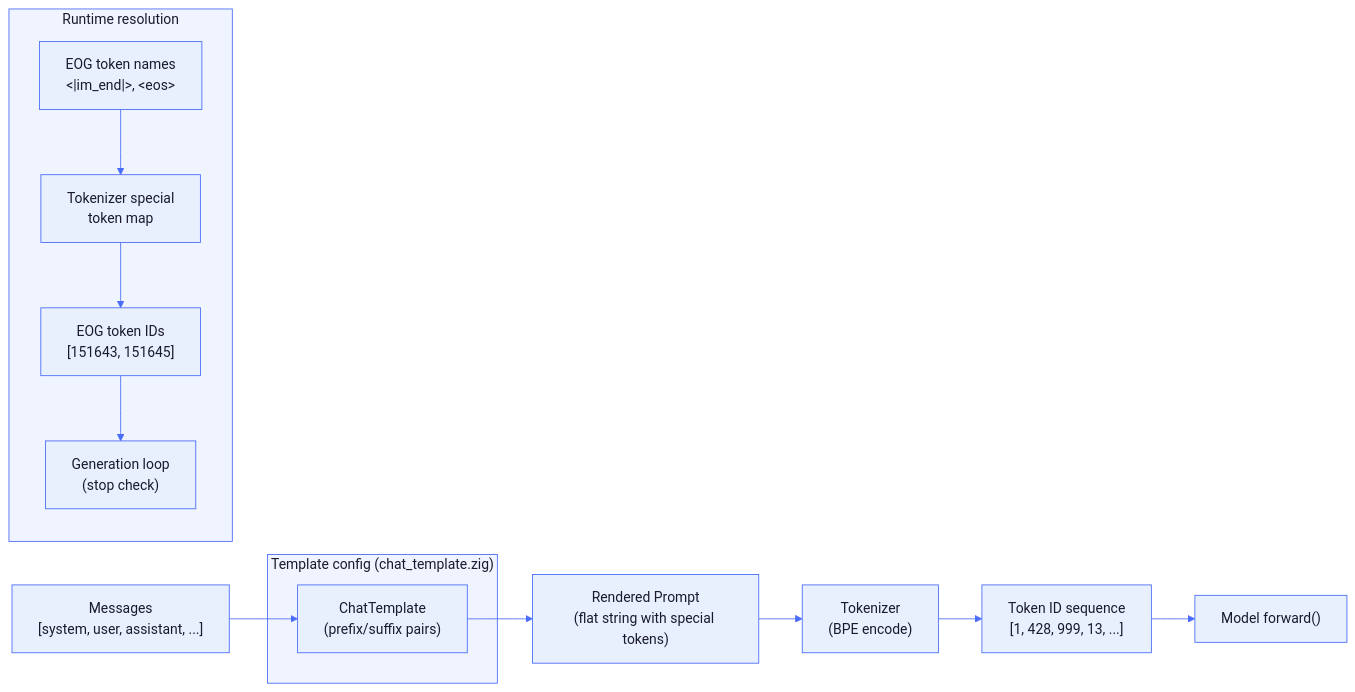
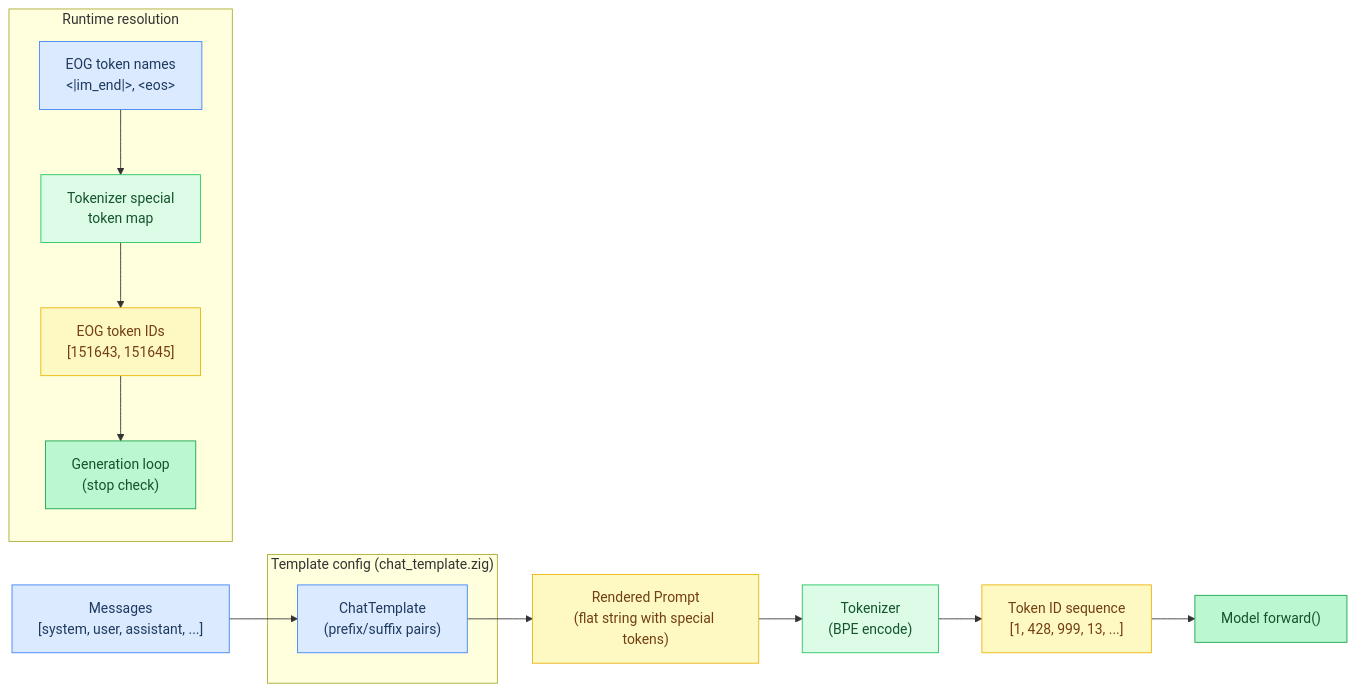
Before and after one commit to maci0/agave: the first of 7 diagrams in docs/tutorial/15-chat-templates.md, drawn with Mermaid. The commit also changed other lines of this file and 24 other files, not shown here.

First line of the commit message:
docs: convert all mermaid diagrams to classDef semantic colors

````diff
--- a/docs/tutorial/15-chat-templates.md
+++ b/docs/tutorial/15-chat-templates.md
@@ -7,33 +7,36 @@
 ```mermaid
-%%{init: {'theme': 'base', 'themeVariables': {
-  'primaryColor': '#e8f0fe',
-  'primaryTextColor': '#1a1a2e',
-  'primaryBorderColor': '#4a6cf7',
-  'lineColor': '#4a6cf7',
-  'secondaryColor': '#f0f4ff',
-  'tertiaryColor': '#f8f9ff',
-  'edgeLabelBackground': '#ffffff',
-  'clusterBkg': '#f0f4ff',
-  'clusterBorder': '#4a6cf7',
-  'titleColor': '#1a1a2e',
-  'nodeTextColor': '#1a1a2e',
-  'fontFamily': 'ui-monospace, SFMono-Regular, monospace'
-}}}%%
 flowchart LR
-    Messages["Messages\n[system, user, assistant, ...]"] --> Template["ChatTemplate\n(prefix/suffix pairs)"]
-    Template --> Rendered["Rendered Prompt\n(flat string with special tokens)"]
-    Rendered --> Tokenizer["Tokenizer\n(BPE encode)"]
-    Tokenizer --> TokenIDs["Token ID sequence\n[1, 428, 999, 13, ...]"]
-    TokenIDs --> Model["Model forward()"]
+    classDef setup     fill:#dbeafe,stroke:#3b82f6,color:#1e3a5f
+    classDef sync      fill:#dcfce7,stroke:#22c55e,color:#14532d
+    classDef migration fill:#fef9c3,stroke:#eab308,color:#713f12
+    classDef success   fill:#bbf7d0,stroke:#16a34a,color:#14532d
+    classDef danger    fill:#fee2e2,stroke:#ef4444,color:#7f1d1d
+    classDef optional  fill:#f3e8ff,stroke:#9333ea,color:#581c87
+
+    Messages["Messages\n[system, user, assistant, ...]"]:::setup
+    Template["ChatTemplate\n(prefix/suffix pairs)"]:::setup
+    Rendered["Rendered Prompt\n(flat string with special tokens)"]:::migration
+    Tokenizer["Tokenizer\n(BPE encode)"]:::sync
+    TokenIDs["Token ID sequence\n[1, 428, 999, 13, ...]"]:::migration
+    Model["Model forward()"]:::success
+    EOGNames["EOG token names\n&lt;|im_end|&gt;, &lt;eos&gt;"]:::setup
+    TokLookup["Tokenizer special\ntoken map"]:::sync
+    EOGIDs["EOG token IDs\n[151643, 151645]"]:::migration
+    GenLoop["Generation loop\n(stop check)"]:::success
+
+    Messages --> Template
+    Template --> Rendered
+    Rendered --> Tokenizer
+    Tokenizer --> TokenIDs
+    TokenIDs --> Model
 
     subgraph Config["Template config (chat_template.zig)"]
         Template
     end
 
     subgraph Runtime["Runtime resolution"]
-        EOGNames["EOG token names\n&lt;|im_end|&gt;, &lt;eos&gt;"]
-        EOGNames --> TokLookup["Tokenizer special\ntoken map"]
-        TokLookup --> EOGIDs["EOG token IDs\n[151643, 151645]"]
-        EOGIDs --> GenLoop["Generation loop\n(stop check)"]
+        EOGNames --> TokLookup
+        TokLookup --> EOGIDs
+        EOGIDs --> GenLoop
     end
 ```
````
